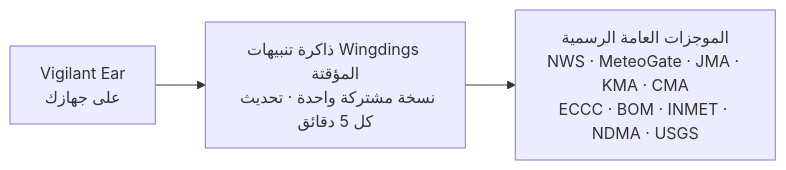
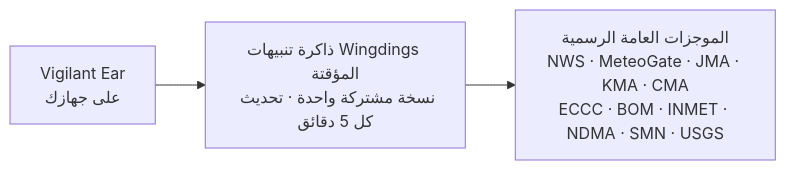
One commit to rpalm01-star/VigilantEarLegal changed the fourth of 4 diagrams in README_ar.md. Above: the diagram before and after it, drawn with Mermaid. The commit also changed other lines of this file and 44 other files, not shown here.

````diff
--- a/README_ar.md
+++ b/README_ar.md
@@ -171,5 +171,5 @@
 ```mermaid
 graph LR
     P1["Vigilant Ear<br/>على جهازك"] --> W["ذاكرة تنبيهات Wingdings المؤقتة<br/>نسخة مشتركة واحدة · تحديث كل 5 دقائق"]
-    W --> N["الموجزات العامة الرسمية<br/>NWS · MeteoGate · JMA · KMA · CMA<br/>ECCC · BOM · INMET · NDMA · USGS"]
+    W --> N["الموجزات العامة الرسمية<br/>NWS · MeteoGate · JMA · KMA · CMA<br/>ECCC · BOM · INMET · NDMA · SMN · USGS"]
 ```
````
